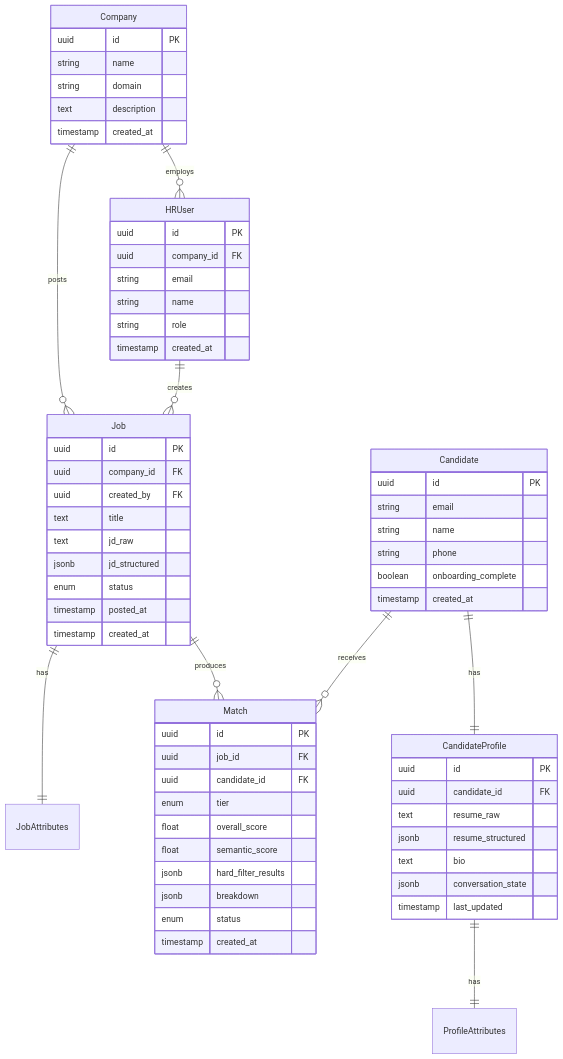
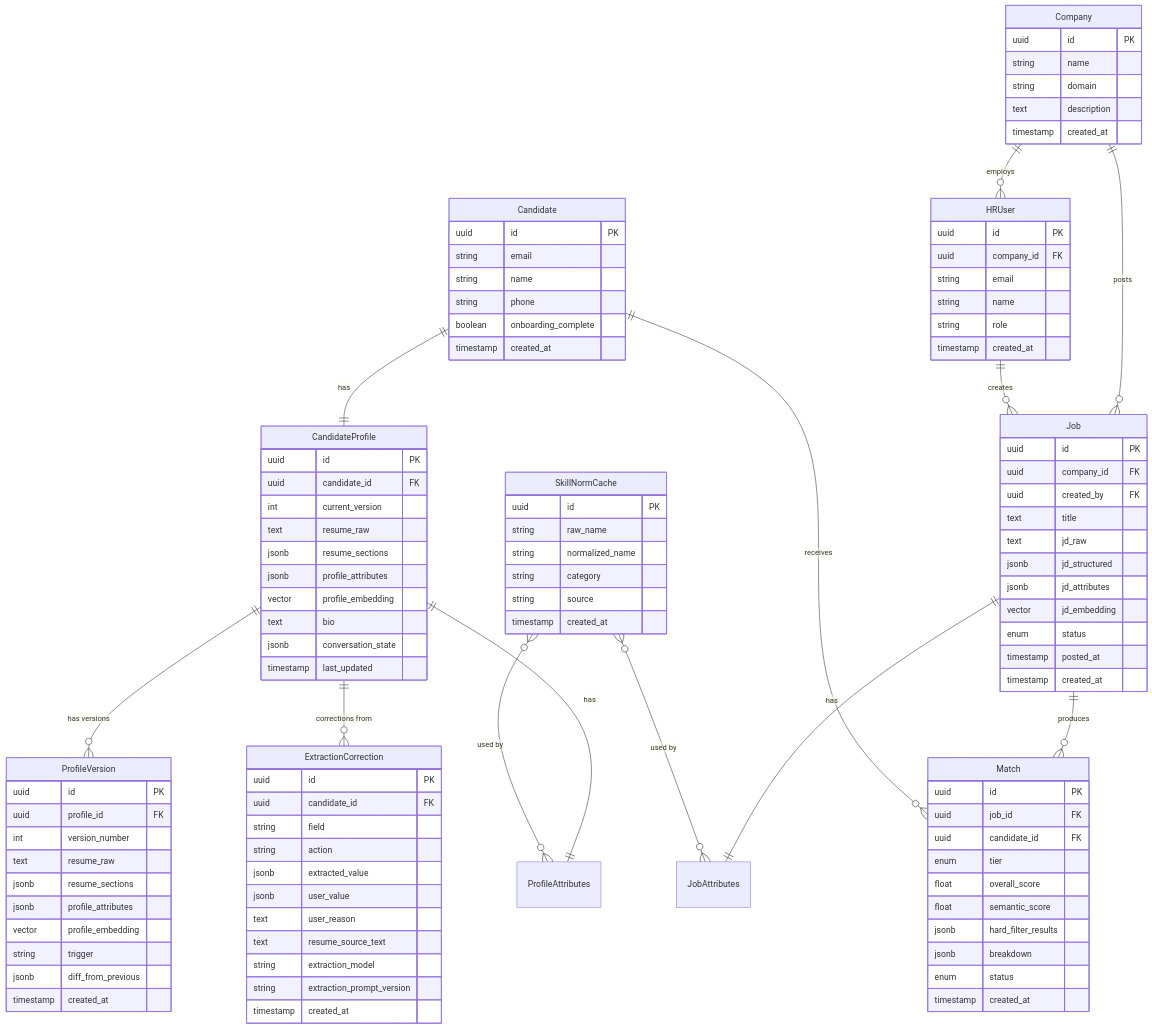
One commit to pathikg/niyog.dev changed the diagram in docs/DATA_MODEL.md. Above: the diagram before and after it, drawn with Mermaid. The commit also changed other lines of this file and 1 other file, not shown here.

First line of the commit message:
docs: sync extraction, profile versioning, correction harness

````diff
--- a/docs/DATA_MODEL.md
+++ b/docs/DATA_MODEL.md
@@ -12,6 +12,9 @@
     Candidate ||--|| CandidateProfile : has
     Candidate ||--o{ Match : receives
     CandidateProfile ||--|| ProfileAttributes : has
+    CandidateProfile ||--o{ ProfileVersion : "has versions"
+    SkillNormCache }o--o{ JobAttributes : "used by"
+    SkillNormCache }o--o{ ProfileAttributes : "used by"
 
     Company {
         uuid id PK
@@ -46,6 +49,8 @@
         text title
         text jd_raw
         jsonb jd_structured
+        jsonb jd_attributes
+        vector jd_embedding
         enum status
         timestamp posted_at
         timestamp created_at
@@ -54,11 +59,27 @@
     CandidateProfile {
         uuid id PK
         uuid candidate_id FK
+        int current_version
         text resume_raw
-        jsonb resume_structured
+        jsonb resume_sections
+        jsonb profile_attributes
+        vector profile_embedding
         text bio
         jsonb conversation_state
         timestamp last_updated
+    }
+
+    ProfileVersion {
+        uuid id PK
+        uuid profile_id FK
+        int version_number
+        text resume_raw
+        jsonb resume_sections
+        jsonb profile_attributes
+        vector profile_embedding
+        string trigger
+        jsonb diff_from_previous
+        timestamp created_at
     }
 
     Match {
@@ -73,4 +94,29 @@
         enum status
         timestamp created_at
     }
+
+    SkillNormCache {
+        uuid id PK
+        string raw_name
+        string normalized_name
+        string category
+        string source
+        timestamp created_at
+    }
+
+    ExtractionCorrection {
+        uuid id PK
+        uuid candidate_id FK
+        string field
+        string action
+        jsonb extracted_value
+        jsonb user_value
+        text user_reason
+        text resume_source_text
+        string extraction_model
+        string extraction_prompt_version
+        timestamp created_at
+    }
+
+    CandidateProfile ||--o{ ExtractionCorrection : "corrections from"
 ```
````
